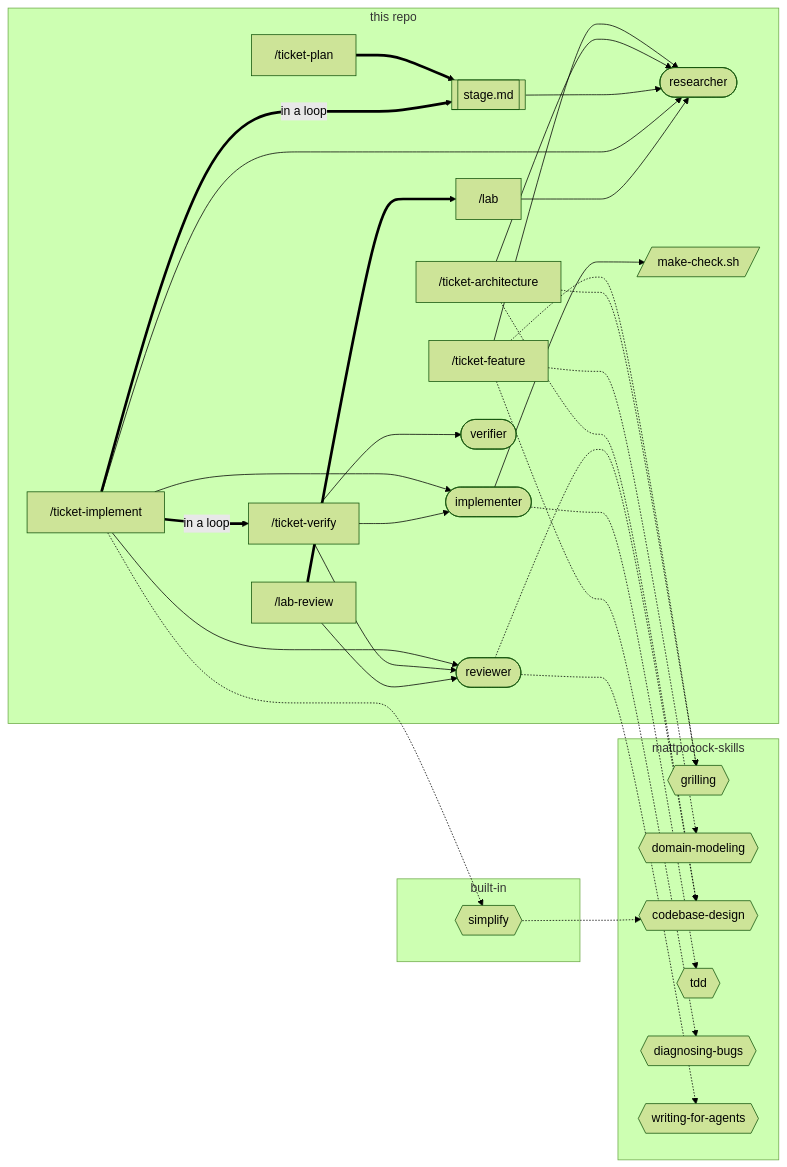
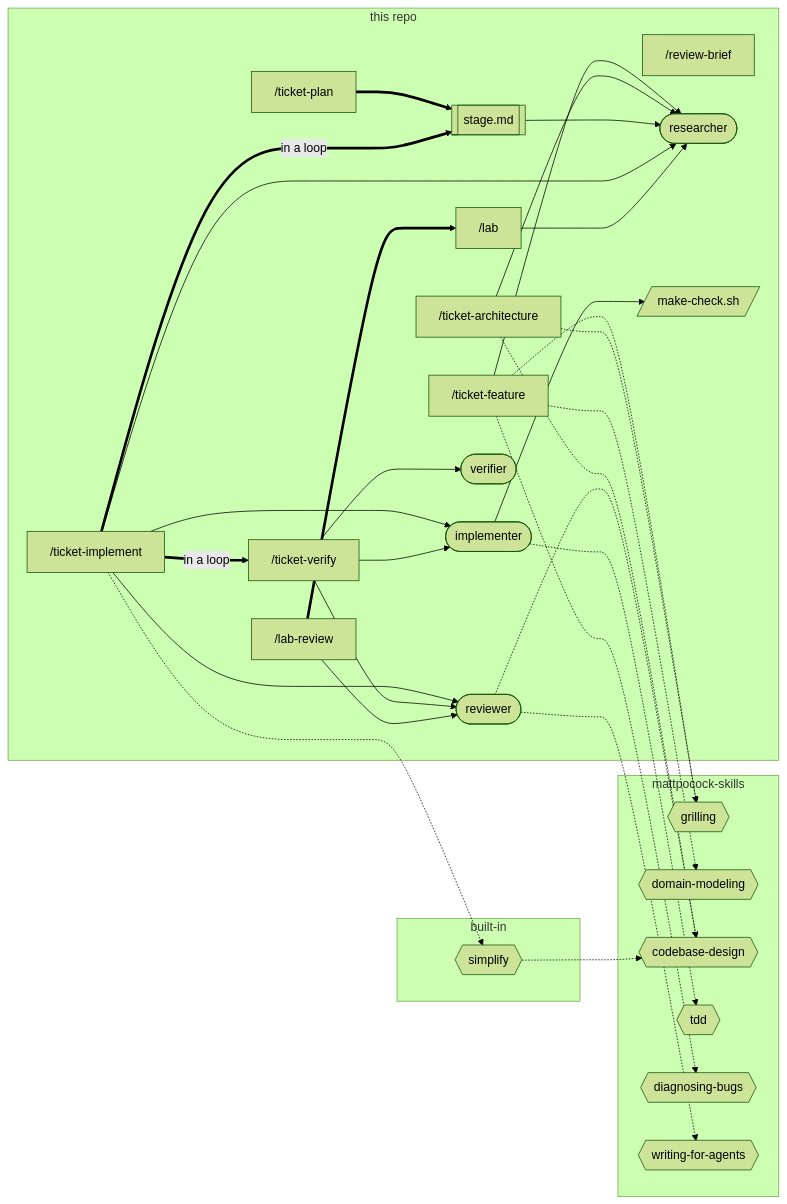
Before and after one commit to khotei/app-template: the third of 4 diagrams in docs/knowledge/sdd.md, drawn with Mermaid (forest theme). The commit also changed other lines of this file and 152 other files, not shown here.

````diff
--- a/docs/knowledge/sdd.md
+++ b/docs/knowledge/sdd.md
@@ -146,47 +231,48 @@
 ```mermaid
 graph LR
   subgraph ours [this repo]
     feature["/ticket-feature"]
     arch["/ticket-architecture"]
     plan["/ticket-plan"]
     impl["/ticket-implement"]
     verify["/ticket-verify"]
     lab["/lab"]
     labreview["/lab-review"]
+    brief["/review-brief"]
     researcher([researcher])
     implementer([implementer])
     reviewer([reviewer])
     verifier([verifier])
     hook[/make-check.sh/]
     stagemd[[stage.md]]
   end
   subgraph plugin [mattpocock-skills]
     grilling{{grilling}}
     modeling{{domain-modeling}}
     design{{codebase-design}}
     tdd{{tdd}}
     diagnosing{{diagnosing-bugs}}
     writing{{writing-for-agents}}
   end
   subgraph builtin [built-in]
     simplify{{simplify}}
   end
   feature -.-> grilling & modeling & diagnosing
   feature --> researcher
   arch -.-> design & grilling
   arch --> researcher
   plan ==> stagemd
   stagemd --> researcher
   impl --> implementer & reviewer & researcher
   impl ==>|in a loop| stagemd
   impl ==>|in a loop| verify
   impl -.-> simplify
   simplify -.-> design
   implementer -.-> tdd
   implementer --> hook
   verify --> verifier & reviewer & implementer
   reviewer -.-> design & writing
   lab --> researcher
   labreview --> reviewer
   labreview ==> lab
 ```
````
